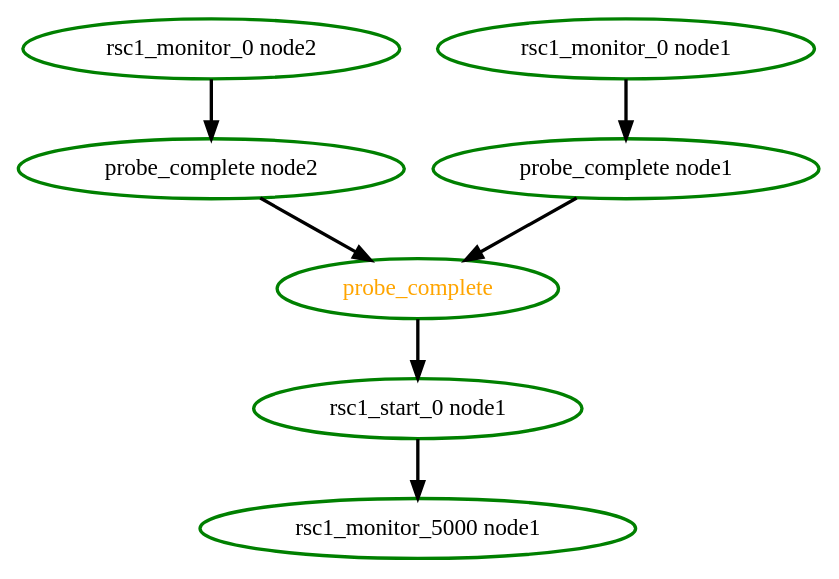
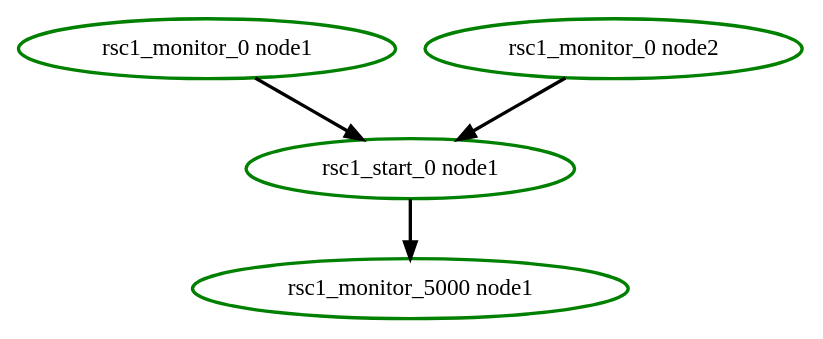
One commit to ystk/debian-pacemaker changed the diagram in pengine/test10/mon-rsc-1.dot. Above: the diagram before and after it, drawn with Graphviz. The commit also changed 5363 other files, not shown here.

```diff
--- a/pengine/test10/mon-rsc-1.dot
+++ b/pengine/test10/mon-rsc-1.dot
@@ -1,15 +1,9 @@
  digraph "g" {
-"probe_complete node1" -> "probe_complete" [ style = bold]
-"probe_complete node1" [ style=bold color="green" fontcolor="black" ]
-"probe_complete node2" -> "probe_complete" [ style = bold]
-"probe_complete node2" [ style=bold color="green" fontcolor="black" ]
-"probe_complete" -> "rsc1_start_0 node1" [ style = bold]
-"probe_complete" [ style=bold color="green" fontcolor="orange" ]
-"rsc1_monitor_0 node1" -> "probe_complete node1" [ style = bold]
+"rsc1_monitor_0 node1" -> "rsc1_start_0 node1" [ style = bold]
 "rsc1_monitor_0 node1" [ style=bold color="green" fontcolor="black" ]
-"rsc1_monitor_0 node2" -> "probe_complete node2" [ style = bold]
+"rsc1_monitor_0 node2" -> "rsc1_start_0 node1" [ style = bold]
 "rsc1_monitor_0 node2" [ style=bold color="green" fontcolor="black" ]
 "rsc1_monitor_5000 node1" [ style=bold color="green" fontcolor="black" ]
 "rsc1_start_0 node1" -> "rsc1_monitor_5000 node1" [ style = bold]
 "rsc1_start_0 node1" [ style=bold color="green" fontcolor="black" ]
 }
```
